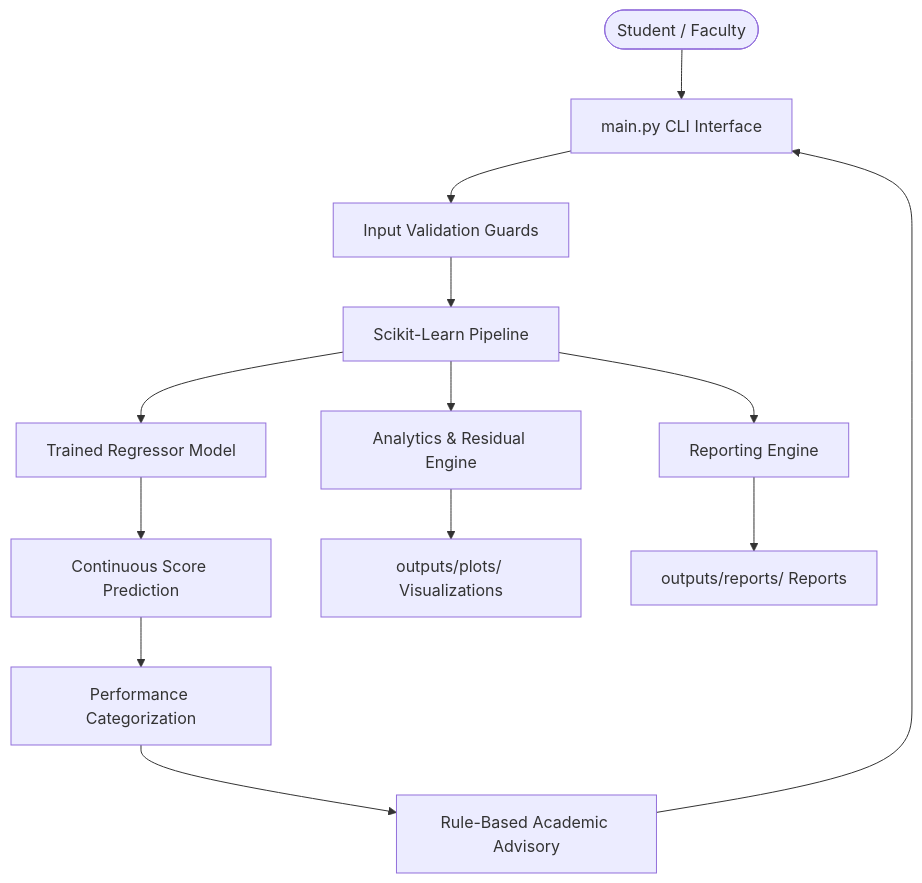
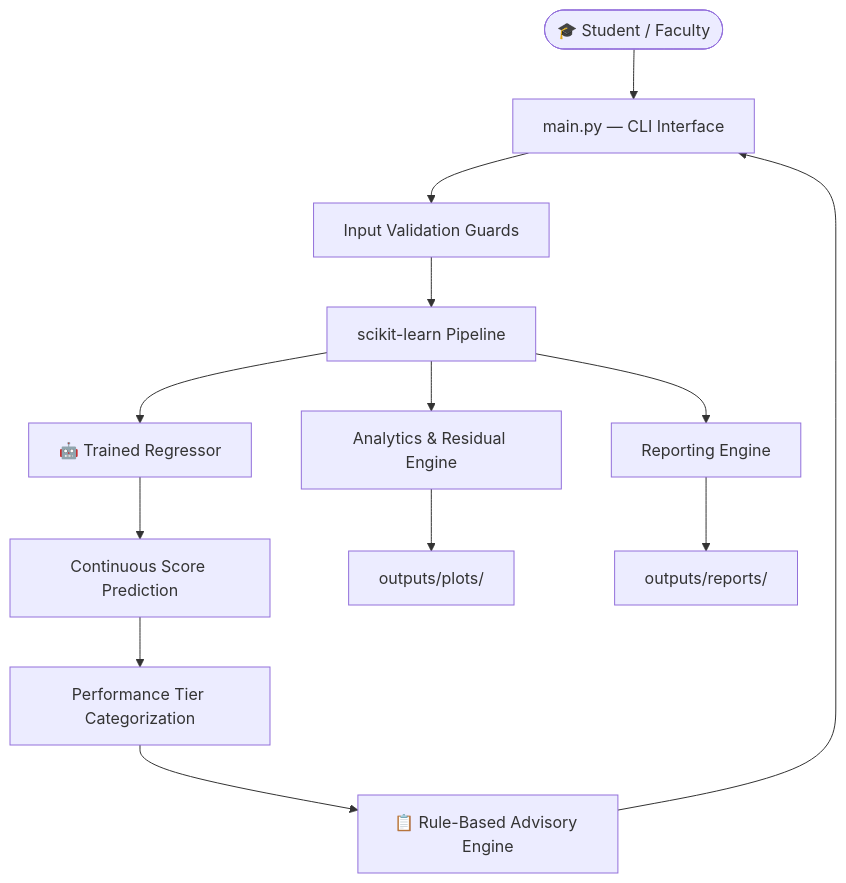
The diagram in README.md (eunemi/Student-Performance-Prediction-System-Using-Machine-Learning), drawn with Mermaid before and after one commit. The commit also changed other lines of this file and 2 other files, not shown here.

Commit message:
docs: update README formatting, add project report document, and refresh model metadata

````diff
--- a/README.md
+++ b/README.md
@@ -79,15 +194,15 @@
 ```mermaid
 graph TD
-    User([Student / Faculty]) --> CLI[main.py CLI Interface]
+    User([🎓 Student / Faculty]) --> CLI[main.py — CLI Interface]
     CLI --> Validator[Input Validation Guards]
-    Validator --> Pipeline[Scikit-Learn Pipeline]
-    Pipeline --> Model[Trained Regressor Model]
+    Validator --> Pipeline[scikit-learn Pipeline]
+    Pipeline --> Model[🤖 Trained Regressor]
     Model --> Score[Continuous Score Prediction]
-    Score --> Risk[Performance Categorization]
-    Risk --> Rec[Rule-Based Academic Advisory]
+    Score --> Risk[Performance Tier Categorization]
+    Risk --> Rec[📋 Rule-Based Advisory Engine]
     Rec --> CLI
     Pipeline --> Analytics[Analytics & Residual Engine]
-    Analytics --> Plots[outputs/plots/ Visualizations]
+    Analytics --> Plots[outputs/plots/]
     Pipeline --> Reporting[Reporting Engine]
-    Reporting --> Reports[outputs/reports/ Reports]
+    Reporting --> Reports[outputs/reports/]
 ```
````
